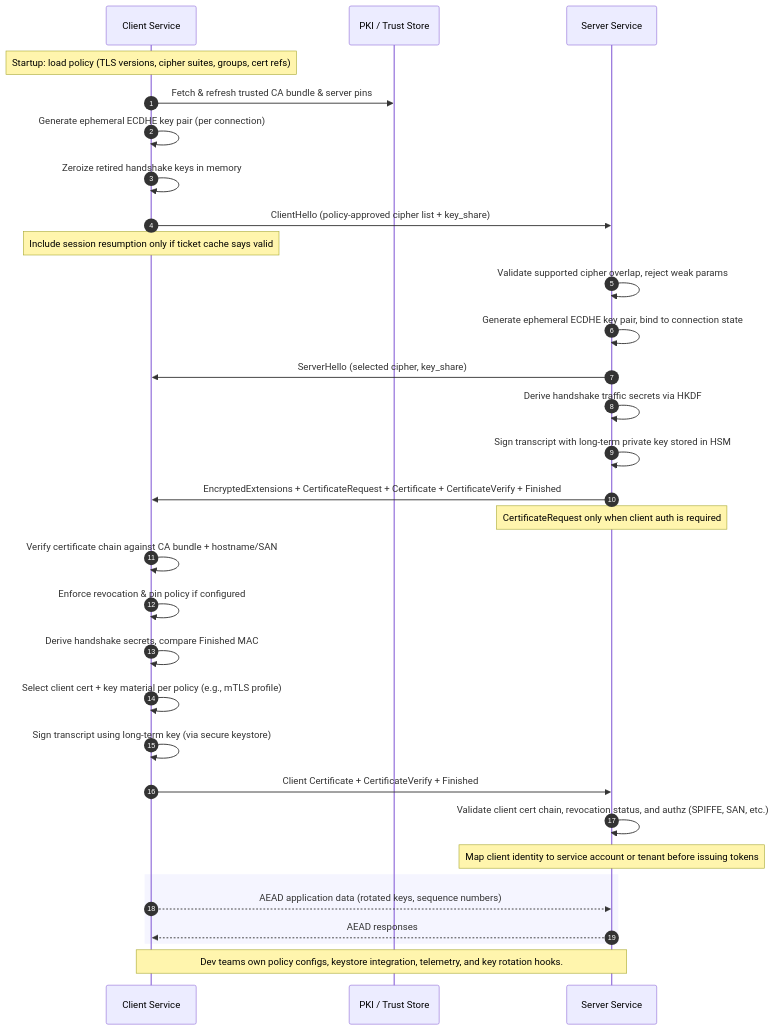
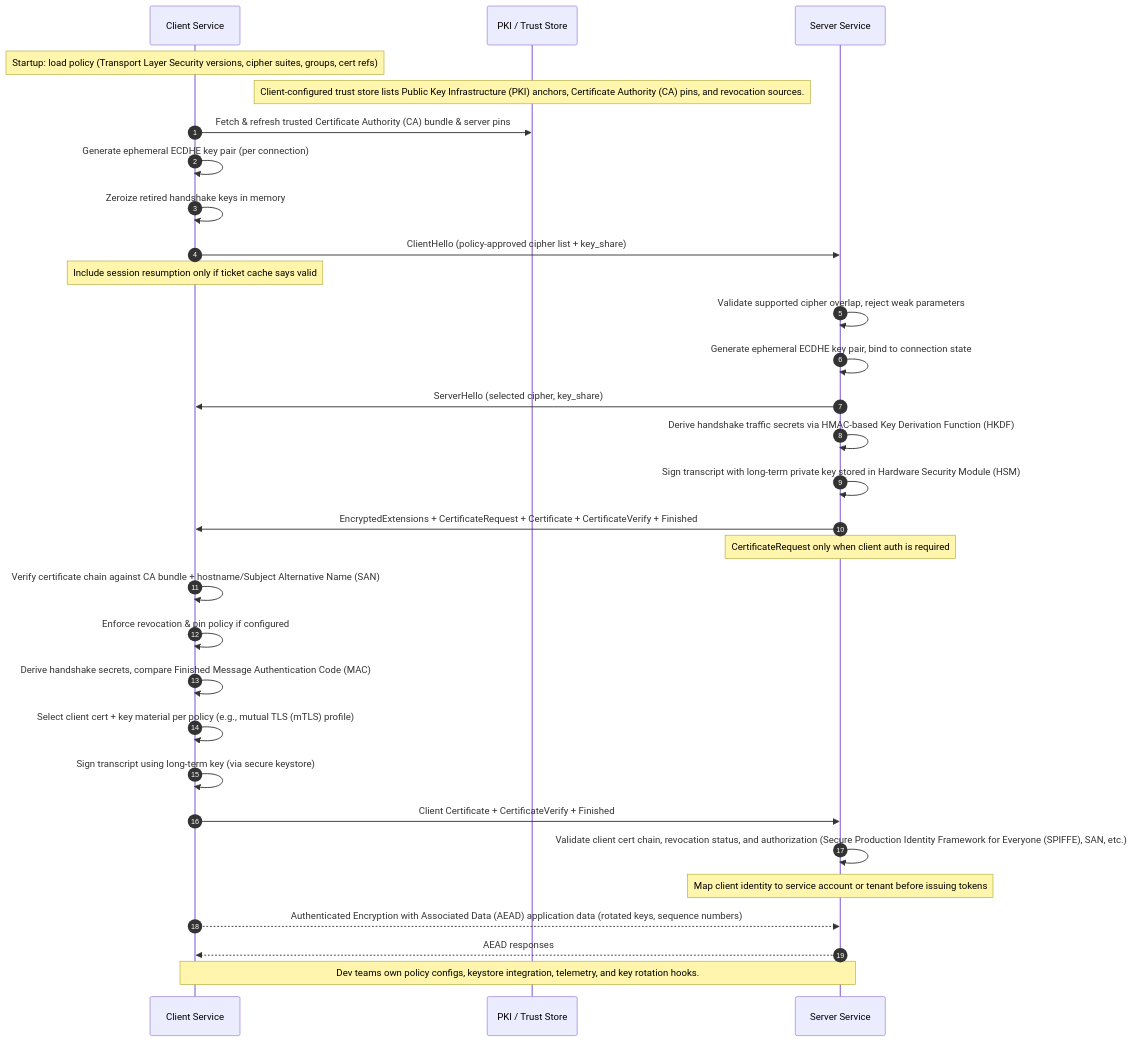
Before and after one commit to irahulsawhney/crypto-concepts: the diagram in diagrams/11-tls13-mutual-auth-dev.mmd, drawn with Mermaid.

Commit message:
Clarify dev TLS mutual auth diagram

```diff
--- a/diagrams/11-tls13-mutual-auth-dev.mmd
+++ b/diagrams/11-tls13-mutual-auth-dev.mmd
@@ -1,41 +1,40 @@
-%% TLS 1.3 Mutual Auth - Dev Responsibilities
+%% Transport Layer Security (TLS) 1.3 Mutual Auth - Dev Responsibilities
 sequenceDiagram
   autonumber
   participant ClientSvc as Client Service
   participant PKI as PKI / Trust Store
   participant ServerSvc as Server Service
 
-  Note over ClientSvc: Startup: load policy (TLS versions, cipher suites, groups, cert refs)
-  ClientSvc->>PKI: Fetch & refresh trusted CA bundle & server pins
+  Note over ClientSvc: Startup: load policy (Transport Layer Security versions, cipher suites, groups, cert refs)
+  Note over PKI: Client-configured trust store lists Public Key Infrastructure (PKI) anchors, Certificate Authority (CA) pins, and revocation sources.
+  ClientSvc->>PKI: Fetch & refresh trusted Certificate Authority (CA) bundle & server pins
   ClientSvc->>ClientSvc: Generate ephemeral ECDHE key pair (per connection)
   ClientSvc->>ClientSvc: Zeroize retired handshake keys in memory
 
   ClientSvc->>ServerSvc: ClientHello (policy-approved cipher list + key_share)
   Note over ClientSvc: Include session resumption only if ticket cache says valid
 
-  ServerSvc->>ServerSvc: Validate supported cipher overlap, reject weak params
+  ServerSvc->>ServerSvc: Validate supported cipher overlap, reject weak parameters
   ServerSvc->>ServerSvc: Generate ephemeral ECDHE key pair, bind to connection state
   ServerSvc->>ClientSvc: ServerHello (selected cipher, key_share)
 
-  ServerSvc->>ServerSvc: Derive handshake traffic secrets via HKDF
-  ServerSvc->>ServerSvc: Sign transcript with long-term private key stored in HSM
+  ServerSvc->>ServerSvc: Derive handshake traffic secrets via HMAC-based Key Derivation Function (HKDF)
+  ServerSvc->>ServerSvc: Sign transcript with long-term private key stored in Hardware Security Module (HSM)
   ServerSvc->>ClientSvc: EncryptedExtensions + CertificateRequest + Certificate + CertificateVerify + Finished
   Note over ServerSvc: CertificateRequest only when client auth is required
 
-  ClientSvc->>ClientSvc: Verify certificate chain against CA bundle + hostname/SAN
+  ClientSvc->>ClientSvc: Verify certificate chain against CA bundle + hostname/Subject Alternative Name (SAN)
   ClientSvc->>ClientSvc: Enforce revocation & pin policy if configured
-  ClientSvc->>ClientSvc: Derive handshake secrets, compare Finished MAC
+  ClientSvc->>ClientSvc: Derive handshake secrets, compare Finished Message Authentication Code (MAC)
 
-  ClientSvc->>ClientSvc: Select client cert + key material per policy (e.g., mTLS profile)
+  ClientSvc->>ClientSvc: Select client cert + key material per policy (e.g., mutual TLS (mTLS) profile)
   ClientSvc->>ClientSvc: Sign transcript using long-term key (via secure keystore)
   ClientSvc->>ServerSvc: Client Certificate + CertificateVerify + Finished
 
-  ServerSvc->>ServerSvc: Validate client cert chain, revocation status, and authz (SPIFFE, SAN, etc.)
+  ServerSvc->>ServerSvc: Validate client cert chain, revocation status, and authorization (Secure Production Identity Framework for Everyone (SPIFFE), SAN, etc.)
   Note over ServerSvc: Map client identity to service account or tenant before issuing tokens
 
-  rect rgb(245,245,255)
-  ClientSvc-->>ServerSvc: AEAD application data (rotated keys, sequence numbers)
+  ClientSvc-->>ServerSvc: Authenticated Encryption with Associated Data (AEAD) application data (rotated keys, sequence numbers)
   ServerSvc-->>ClientSvc: AEAD responses
-  end
 
   Note over ClientSvc,ServerSvc: Dev teams own policy configs, keystore integration, telemetry, and key rotation hooks.
```
